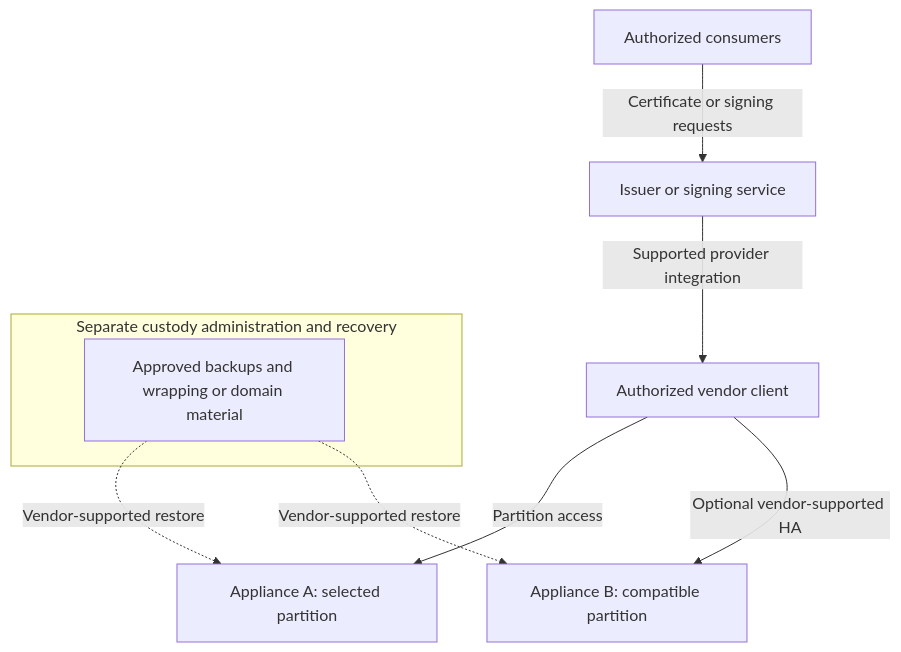
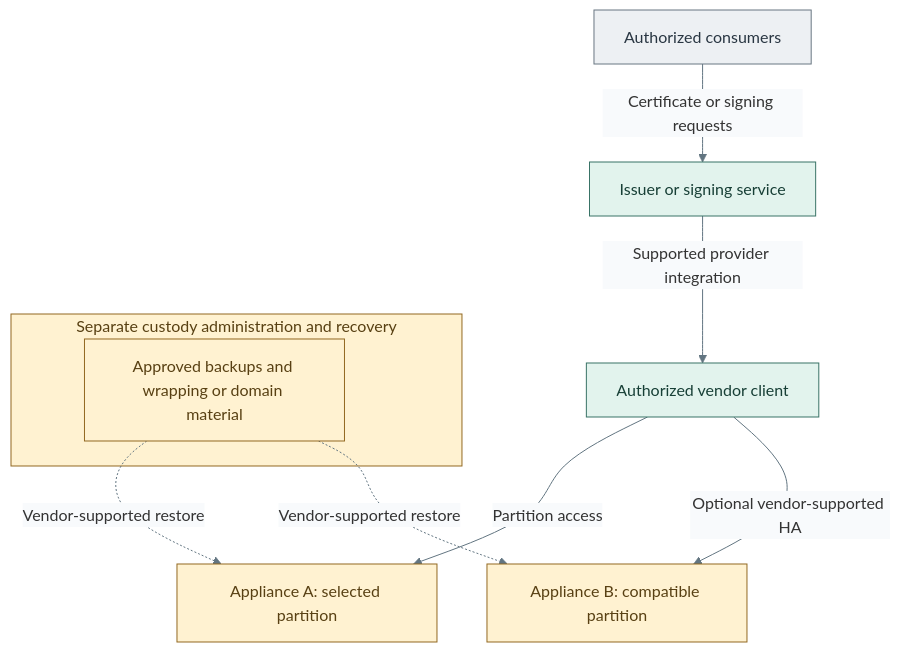
The fourth of 4 diagrams in docs/architecture/cryptography/hsm-selection.md (Rexus/homelab), drawn with Mermaid before and after one commit. The commit also changed other lines of this file and 49 other files, not shown here.

Commit message:
docs(diagrams): clarify tier layouts and visual styles

````diff
--- a/docs/architecture/cryptography/hsm-selection.md
+++ b/docs/architecture/cryptography/hsm-selection.md
@@ -117,12 +141,20 @@
 ```mermaid
+%%{init: {"theme":"base","themeVariables":{"lineColor":"#627581","edgeLabelBackground":"#f8fafc"}}}%%
 flowchart TB
   Consumers["Authorized consumers"] -->|Certificate or signing requests| Service["Issuer or signing service"]
   Service -->|Supported provider integration| Client["Authorized vendor client"]
   Client -->|Partition access| PartitionA["Appliance A: selected partition"]
   Client -->|Optional vendor-supported HA| PartitionB["Appliance B: compatible partition"]
   subgraph Custody["Separate custody administration and recovery"]
     Recovery["Approved backups and wrapping or domain material"]
   end
   Recovery -. "Vendor-supported restore" .-> PartitionA
   Recovery -. "Vendor-supported restore" .-> PartitionB
+  classDef default fill:#f8fafc,stroke:#64748b,color:#1f2937
+  classDef actor fill:#edf0f3,stroke:#697682,color:#293642
+  classDef control fill:#e2f3ed,stroke:#397366,color:#173f36
+  classDef custody fill:#fff2d1,stroke:#926820,color:#584013
+  class Consumers actor
+  class Service,Client control
+  class PartitionA,PartitionB,Custody,Recovery custody
 ```
````
